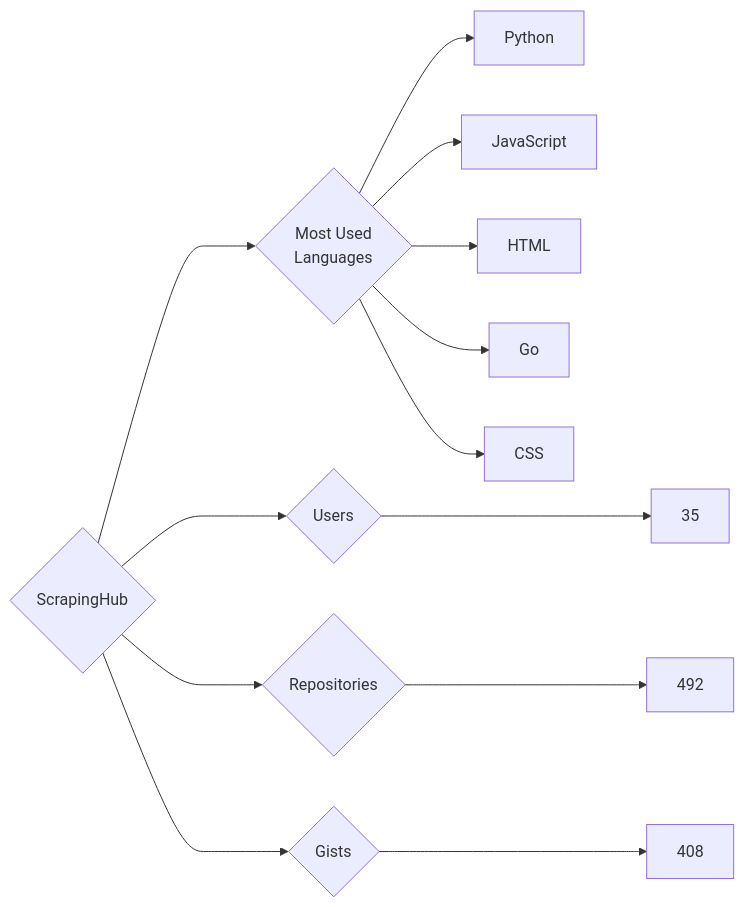
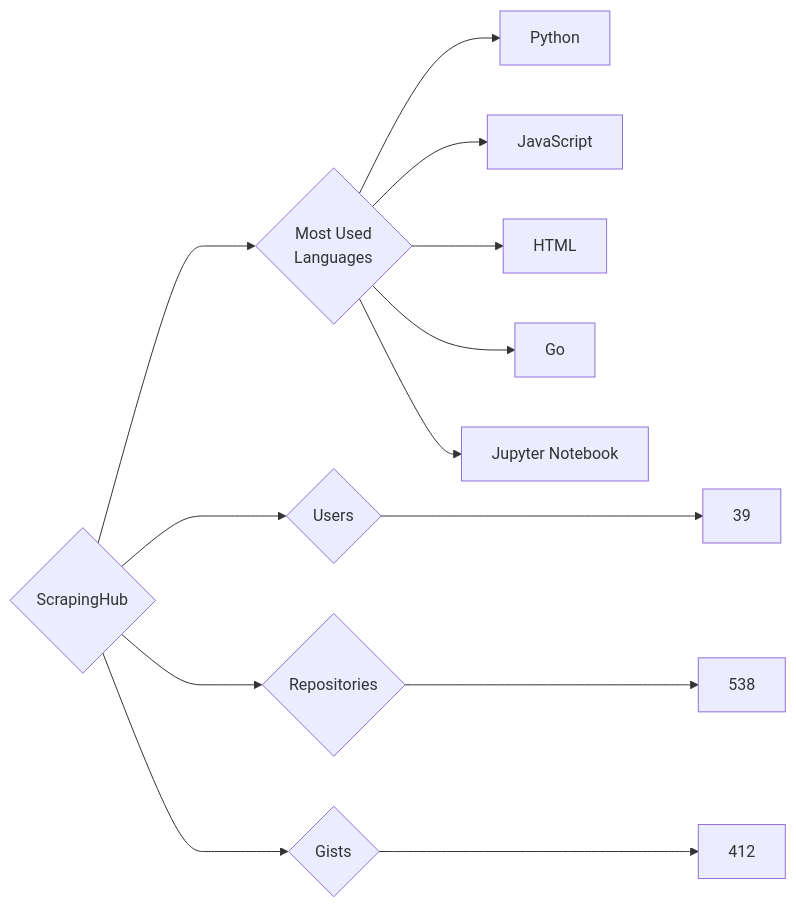
The diagram in targets/ScrapingHub/README.md (trickest/insiders), drawn with Mermaid before and after one commit. The commit also changed 964 other files, not shown here.

````diff
--- a/targets/ScrapingHub/README.md
+++ b/targets/ScrapingHub/README.md
@@ -3,13 +3,13 @@
 ```mermaid
 graph LR
 COMPANY_NAME{ScrapingHub}
-COMPANY_NAME ---> U{Users} ---> UN[35]
-COMPANY_NAME ---> R{Repositories} ---> RN[492]
-COMPANY_NAME ---> G{Gists} ---> GN[408]
+COMPANY_NAME ---> U{Users} ---> UN[39]
+COMPANY_NAME ---> R{Repositories} ---> RN[538]
+COMPANY_NAME ---> G{Gists} ---> GN[412]
 COMPANY_NAME ---> ML{Most Used<br>Languages}
 ML --> Python[Python]
 ML --> JavaScript[JavaScript]
 ML --> HTML[HTML]
 ML --> Go[Go]
-ML --> CSS[CSS]
+ML --> Jupyter_Notebook[Jupyter Notebook]
 ```
````
